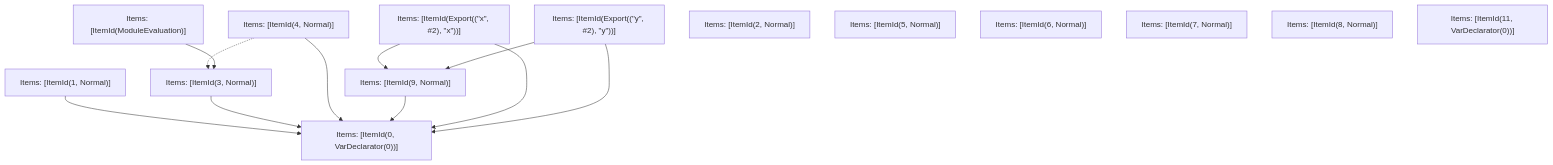
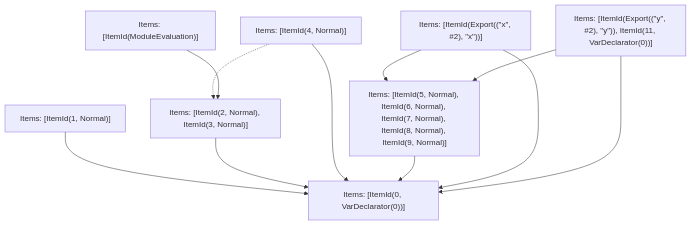
The fifth of 5 diagrams in turbopack/crates/turbopack-ecmascript/tests/tree-shaker/analyzer/grouping/output.md (Sonar-UX-Testing-FreePlan/next.js), drawn with Mermaid before and after one commit. The commit also changed other lines of this file and 38 other files, not shown here.

````diff
--- a/turbopack/crates/turbopack-ecmascript/tests/tree-shaker/analyzer/grouping/output.md
+++ b/turbopack/crates/turbopack-ecmascript/tests/tree-shaker/analyzer/grouping/output.md
@@ -264,27 +264,21 @@
 ```mermaid
 graph TD
     N0["Items: [ItemId(ModuleEvaluation)]"];
     N1["Items: [ItemId(Export((&quot;x&quot;, #2), &quot;x&quot;))]"];
-    N2["Items: [ItemId(Export((&quot;y&quot;, #2), &quot;y&quot;))]"];
+    N2["Items: [ItemId(Export((&quot;y&quot;, #2), &quot;y&quot;)), ItemId(11, VarDeclarator(0))]"];
     N3["Items: [ItemId(0, VarDeclarator(0))]"];
     N4["Items: [ItemId(1, Normal)]"];
-    N5["Items: [ItemId(3, Normal)]"];
+    N5["Items: [ItemId(2, Normal), ItemId(3, Normal)]"];
     N6["Items: [ItemId(4, Normal)]"];
-    N7["Items: [ItemId(9, Normal)]"];
-    N8["Items: [ItemId(2, Normal)]"];
-    N9["Items: [ItemId(5, Normal)]"];
-    N10["Items: [ItemId(6, Normal)]"];
-    N11["Items: [ItemId(7, Normal)]"];
-    N12["Items: [ItemId(8, Normal)]"];
-    N13["Items: [ItemId(11, VarDeclarator(0))]"];
+    N7["Items: [ItemId(5, Normal), ItemId(6, Normal), ItemId(7, Normal), ItemId(8, Normal), ItemId(9, Normal)]"];
     N4 --> N3;
     N1 --> N7;
     N5 --> N3;
     N6 -.-> N5;
     N6 --> N3;
     N7 --> N3;
     N1 --> N3;
     N2 --> N3;
     N2 --> N7;
     N0 --> N5;
 ```
````
